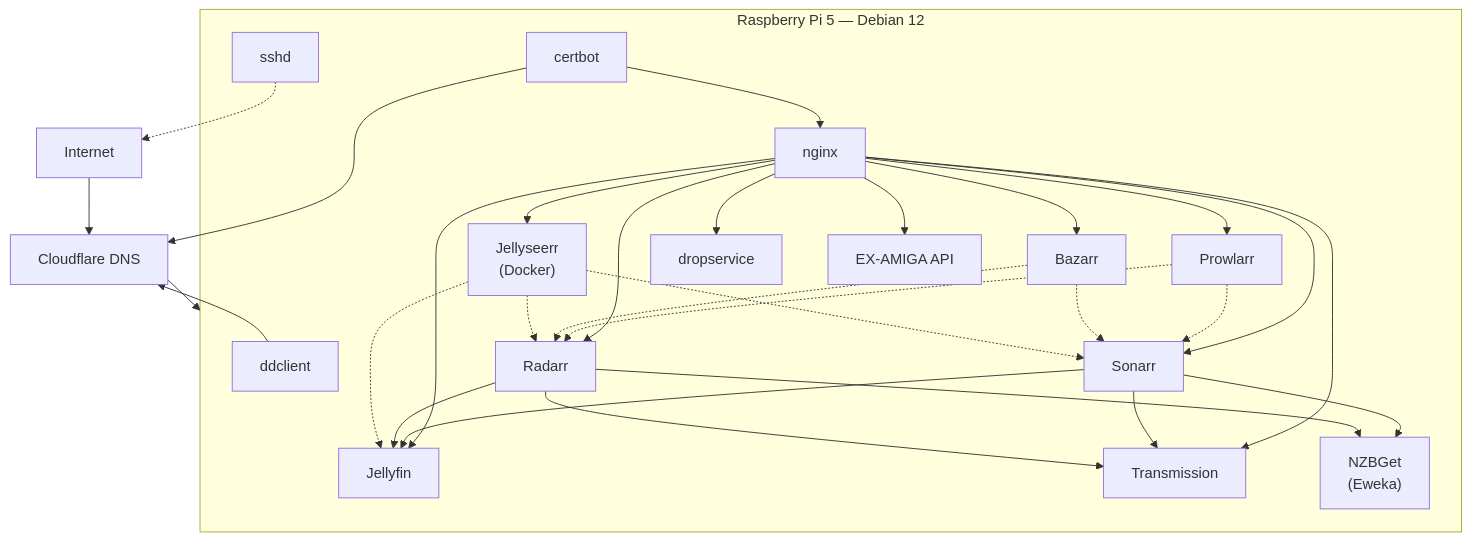
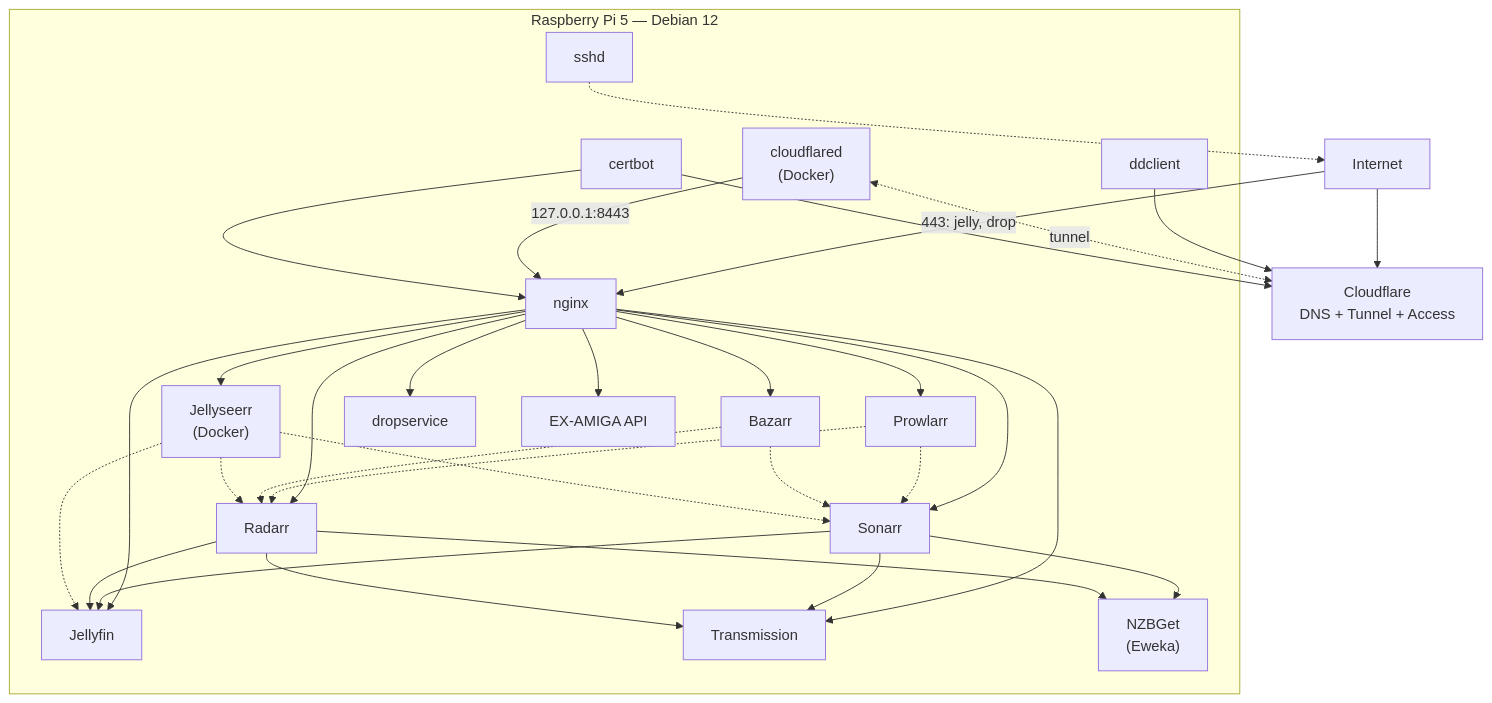
The diagram in README.md (sillyash/homelab), drawn with Mermaid before and after one commit. The commit also changed other lines of this file and 18 other files, not shown here.

First line of the commit message:
feat: route admin UIs, Jellyseerr and EX-AMIGA API through Cloudflare Tunnel

````diff
--- a/README.md
+++ b/README.md
@@ -11,52 +11,56 @@
 ```mermaid
 graph TB
     Internet[Internet]
-    Cloudflare["Cloudflare DNS"]
+    Cloudflare["Cloudflare<br>DNS + Tunnel + Access"]
 
     subgraph Pi["Raspberry Pi 5 — Debian 12"]
         ddclient["ddclient"]
+        cloudflared["cloudflared<br>(Docker)"]
         certbot["certbot"]
         nginx["nginx"]
         jellyfin["Jellyfin"]
         transmission["Transmission"]
         nzbget["NZBGet<br>(Eweka)"]
         prowlarr["Prowlarr"]
         sonarr["Sonarr"]
         radarr["Radarr"]
         bazarr["Bazarr"]
         jellyseerr["Jellyseerr<br>(Docker)"]
         dropservice["dropservice"]
         examiga["EX-AMIGA API"]
         sshd["sshd"]
     end
 
-    Internet --> Cloudflare --> Pi
+    Internet --> Cloudflare
+    Internet -->|"443: jelly, drop"| nginx
     ddclient --> Cloudflare
+    cloudflared <-.->|tunnel| Cloudflare
+    cloudflared -->|"127.0.0.1:8443"| nginx
     certbot --> Cloudflare
     certbot --> nginx
 
     nginx --> jellyfin
     nginx --> transmission
     nginx --> prowlarr
     nginx --> sonarr
     nginx --> radarr
     nginx --> bazarr
     nginx --> jellyseerr
     nginx --> dropservice
     nginx --> examiga
     sshd -.-> Internet
 
     prowlarr -.-> sonarr
     prowlarr -.-> radarr
     sonarr --> transmission
     sonarr --> nzbget
     radarr --> transmission
     radarr --> nzbget
     bazarr -.-> sonarr
     bazarr -.-> radarr
     sonarr --> jellyfin
     radarr --> jellyfin
     jellyseerr -.-> jellyfin
     jellyseerr -.-> sonarr
     jellyseerr -.-> radarr
 ```
````
